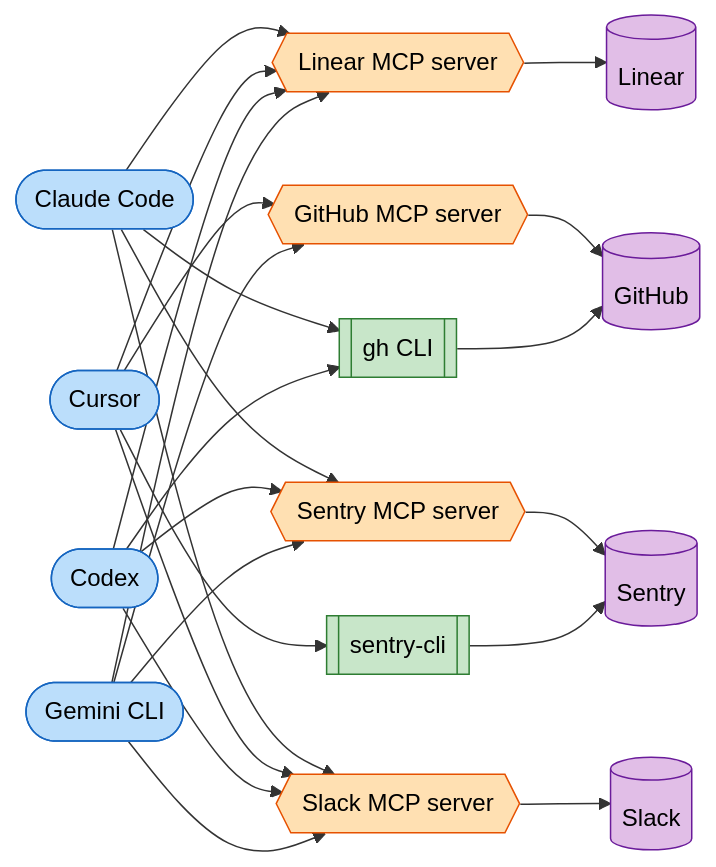
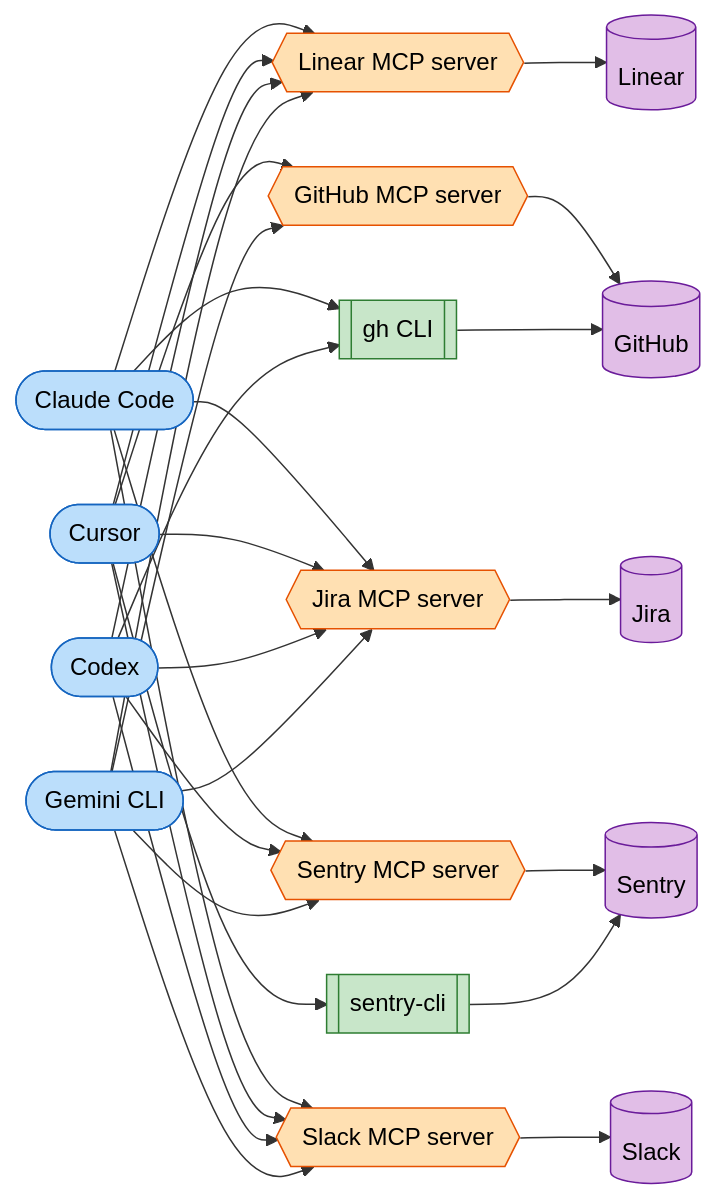
The first of 2 diagrams in README.md (alephic-ai/foac), drawn with Mermaid before and after one commit. The commit also changed other lines of this file and 17 other files, not shown here.

First line of the commit message:
feat: add a Jira provider (#75)

````diff
--- a/README.md
+++ b/README.md
@@ -19,21 +19,22 @@
 ```mermaid
 graph LR
-    CC([Claude Code]) --> LMCP & GHCLI & SMCP & SLMCP
-    CU([Cursor]) --> LMCP & GHMCP & SCLI & SLMCP
-    CX([Codex]) --> LMCP & GHCLI & SMCP & SLMCP
-    GEM([Gemini CLI]) --> LMCP & GHMCP & SMCP & SLMCP
+    CC([Claude Code]) --> LMCP & GHCLI & JMCP & SMCP & SLMCP
+    CU([Cursor]) --> LMCP & GHMCP & JMCP & SCLI & SLMCP
+    CX([Codex]) --> LMCP & GHCLI & JMCP & SMCP & SLMCP
+    GEM([Gemini CLI]) --> LMCP & GHMCP & JMCP & SMCP & SLMCP
     LMCP{{Linear MCP server}} --> Linear[(Linear)]
     GHMCP{{GitHub MCP server}} --> GitHub[(GitHub)]
     GHCLI[[gh CLI]] --> GitHub
+    JMCP{{Jira MCP server}} --> Jira[(Jira)]
     SMCP{{Sentry MCP server}} --> Sentry[(Sentry)]
     SCLI[[sentry-cli]] --> Sentry
     SLMCP{{Slack MCP server}} --> Slack[(Slack)]
     classDef harness fill:#bbdefb,stroke:#1565c0,color:#000
     classDef mcp fill:#ffe0b2,stroke:#e65100,color:#000
     classDef cli fill:#c8e6c9,stroke:#2e7d32,color:#000
     classDef provider fill:#e1bee7,stroke:#6a1b9a,color:#000
     class CC,CU,CX,GEM harness
-    class LMCP,GHMCP,SMCP,SLMCP mcp
+    class LMCP,GHMCP,JMCP,SMCP,SLMCP mcp
     class GHCLI,SCLI cli
-    class Linear,GitHub,Sentry,Slack provider
+    class Linear,GitHub,Jira,Sentry,Slack provider
 ```
````
